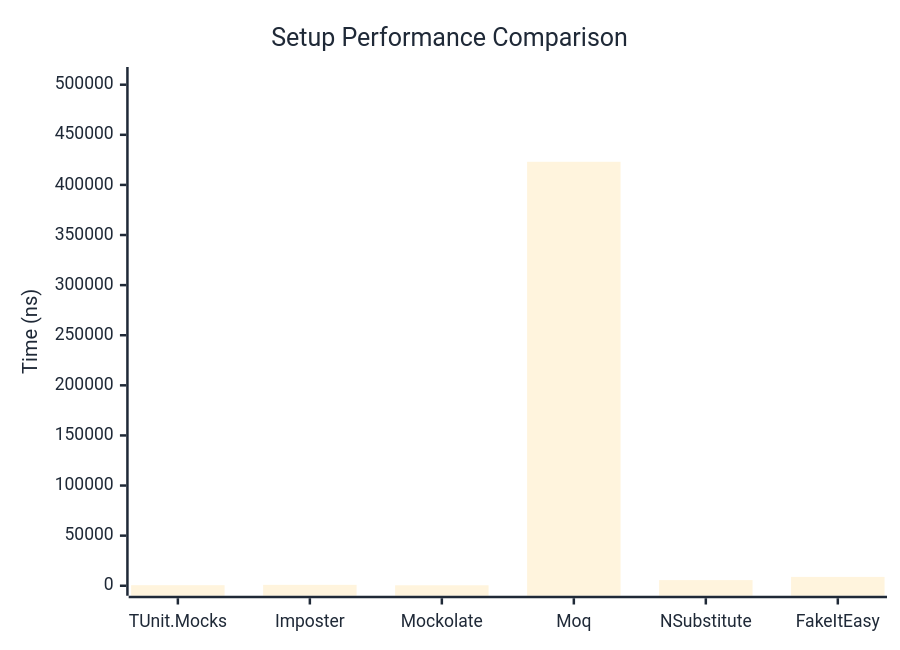
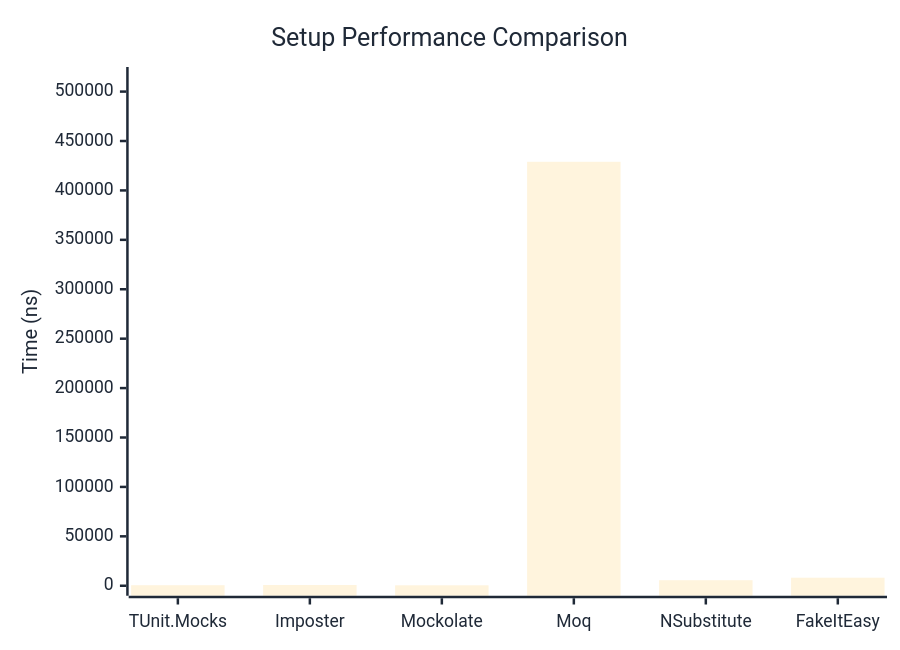
The first of 2 diagrams in docs/docs/benchmarks/mocks/Setup.md (thomhurst/TUnit), drawn with Mermaid before and after one commit. The commit also changed other lines of this file and 14 other files, not shown here.

````diff
--- a/docs/docs/benchmarks/mocks/Setup.md
+++ b/docs/docs/benchmarks/mocks/Setup.md
@@ -28,27 +28,27 @@
 ```mermaid
 %%{init: {
   'theme':'base',
   'themeVariables': {
     'primaryColor': '#2563eb',
     'primaryTextColor': '#1f2937',
     'primaryBorderColor': '#1e40af',
     'lineColor': '#6b7280',
     'secondaryColor': '#7c3aed',
     'tertiaryColor': '#dc2626',
     'background': '#ffffff',
     'pie1': '#2563eb',
     'pie2': '#7c3aed',
     'pie3': '#dc2626',
     'pie4': '#f59e0b',
     'pie5': '#10b981',
     'pie6': '#06b6d4',
     'pie7': '#ec4899',
     'pie8': '#6366f1'
   }
 }}%%
 xychart-beta
   title "Setup Performance Comparison"
   x-axis ["TUnit.Mocks", "Imposter", "Mockolate", "Moq", "NSubstitute", "FakeItEasy"]
-  y-axis "Time (ns)" 0 --> 507682
-  bar [562.9, 893.4, 463.2, 423067.6, 5637.7, 8842.1]
+  y-axis "Time (ns)" 0 --> 514764
+  bar [529.7, 780.9, 439.2, 428969.5, 5584, 8154.5]
 ```
````
